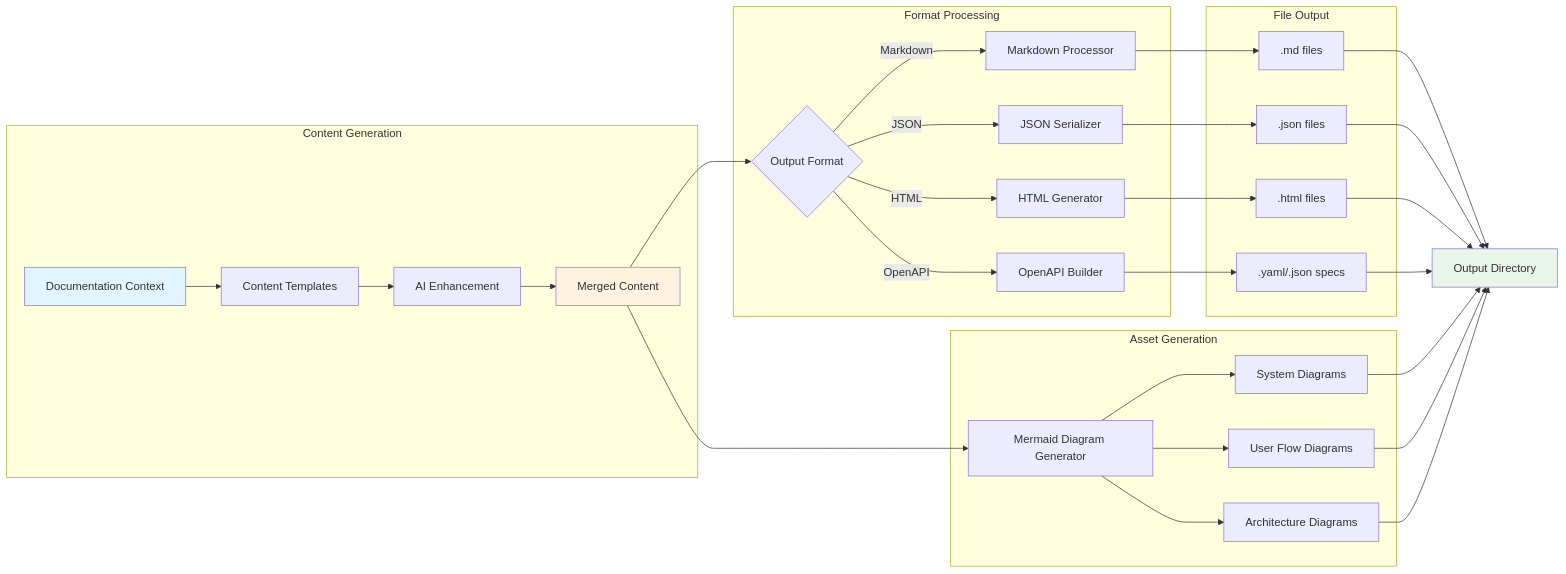
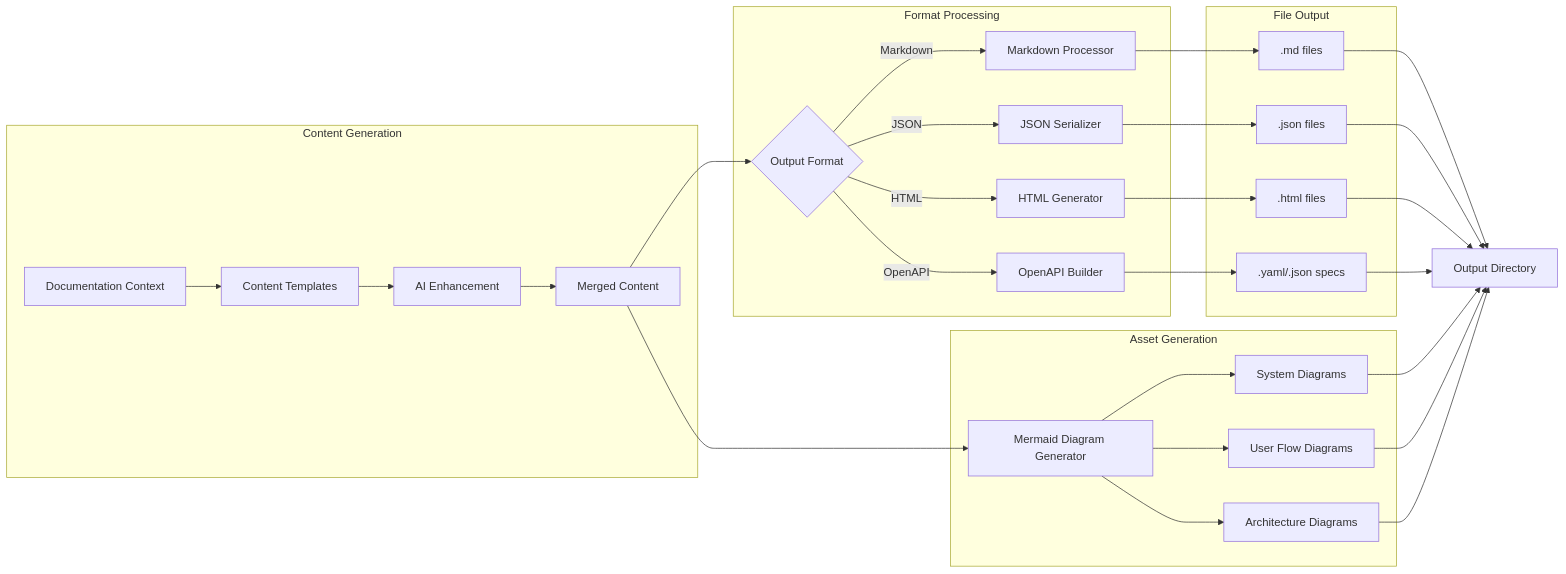
The fourth of 8 diagrams in docs/diagrams/mastro-docs-workflow.md (geogoesbeepboop/mastro), drawn with Mermaid before and after one commit. The commit also changed other lines of this file, not shown here.

First line of the commit message:
docs: update workflow diagram for clarity and accuracy

````diff
--- a/docs/diagrams/mastro-docs-workflow.md
+++ b/docs/diagrams/mastro-docs-workflow.md
@@ -132,43 +136,45 @@
 ```mermaid
+
 flowchart LR
     subgraph "Content Generation"
         A[Documentation Context] --> B[Content Templates]
         B --> C[AI Enhancement]
         C --> D[Merged Content]
     end
     
     subgraph "Format Processing"
         D --> E{Output Format}
         
         E -->|Markdown| F[Markdown Processor]
         E -->|JSON| G[JSON Serializer]
         E -->|HTML| H[HTML Generator]
         E -->|OpenAPI| I[OpenAPI Builder]
     end
     
     subgraph "File Output"
         F --> J[.md files]
         G --> K[.json files]
         H --> L[.html files]
         I --> M[.yaml/.json specs]
     end
     
     subgraph "Asset Generation"
         D --> N[Mermaid Diagram Generator]
         N --> O[System Diagrams]
         N --> P[User Flow Diagrams]
         N --> Q[Architecture Diagrams]
     end
     
     J --> R[Output Directory]
     K --> R
     L --> R
     M --> R
     O --> R
     P --> R
     Q --> R
     
-    style A fill:#e1f5fe
-    style D fill:#fff3e0
-    style R fill:#e8f5e8
+    style A fill:#e1f5fe color:#000000
+    style D fill:#fff3e0 color:#000000
+    style R fill:#e8f5e8 color:#000000
+
 ```
````
